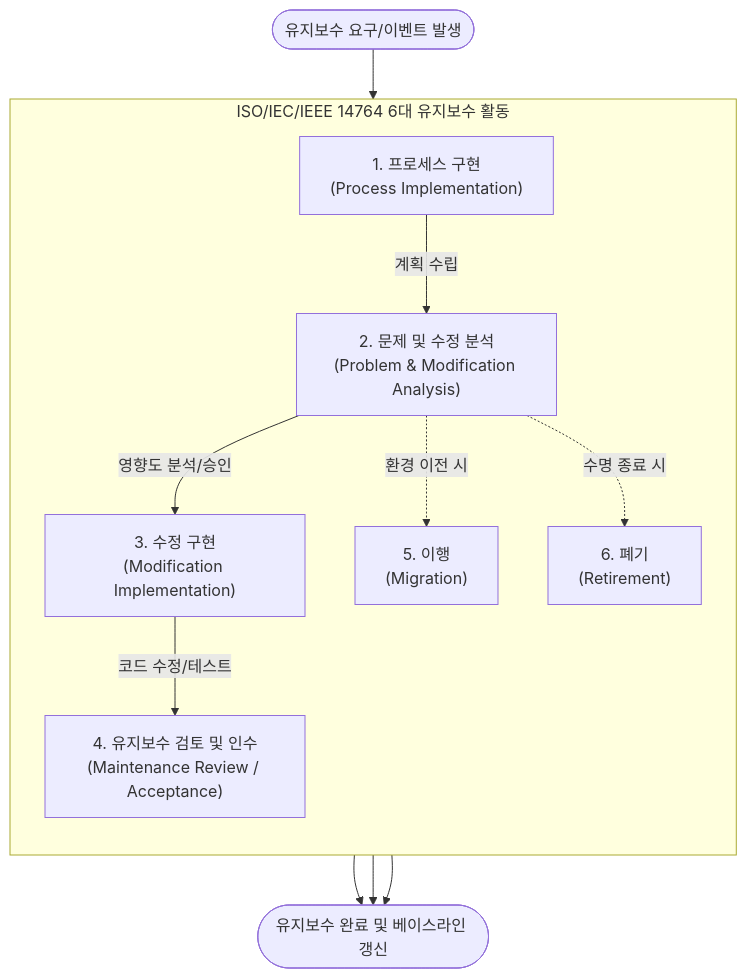
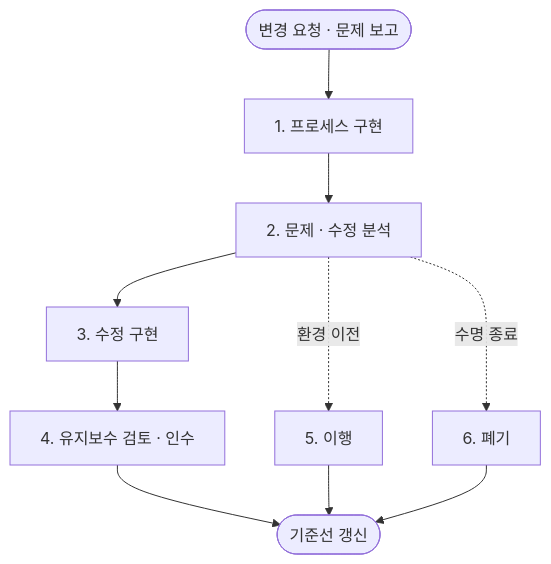
Before and after one commit to supremethumb/supremethumb.github.io: the diagram in content/01_IT Tech/ISO IEC IEEE 14764.md, drawn with Mermaid. The commit also changed other lines of this file and 1087 other files, not shown here.

````diff
--- a/content/01_IT Tech/ISO IEC IEEE 14764.md
+++ b/content/01_IT Tech/ISO IEC IEEE 14764.md
@@ -23,30 +35,12 @@
 ```mermaid
 flowchart TB
-    Start(["유지보수 요구/이벤트 발생"])
-
-    subgraph ISO14764_Process["ISO/IEC/IEEE 14764 6대 유지보수 활동"]
-        direction TB
-        P1["1. 프로세스 구현<br/>(Process Implementation)"]
-        P2["2. 문제 및 수정 분석<br/>(Problem & Modification Analysis)"]
-        P3["3. 수정 구현<br/>(Modification Implementation)"]
-        P4["4. 유지보수 검토 및 인수<br/>(Maintenance Review / Acceptance)"]
-        
-        P1 -->|"계획 수립"| P2
-        P2 -->|"영향도 분석/승인"| P3
-        P3 -->|"코드 수정/테스트"| P4
-        
-        P5["5. 이행<br/>(Migration)"]
-        P6["6. 폐기<br/>(Retirement)"]
-        
-        P2 -.->|"환경 이전 시"| P5
-        P2 -.->|"수명 종료 시"| P6
-    end
-
-    End(["유지보수 완료 및 베이스라인 갱신"])
-    
-    Start --> P1
-    P4 --> End
-    P5 --> End
-    P6 --> End
-
+    EV(["변경 요청 · 문제 보고"]) --> P1["1. 프로세스 구현"]
+    P1 --> P2["2. 문제 · 수정 분석"]
+    P2 --> P3["3. 수정 구현"]
+    P3 --> P4["4. 유지보수 검토 · 인수"]
+    P2 -. "환경 이전" .-> P5["5. 이행"]
+    P2 -. "수명 종료" .-> P6["6. 폐기"]
+    P4 --> END(["기준선 갱신"])
+    P5 --> END
+    P6 --> END
 ```
````
